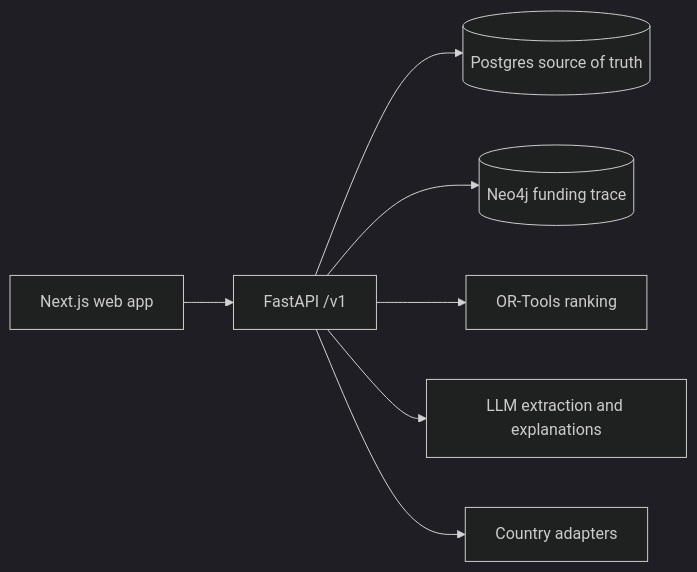
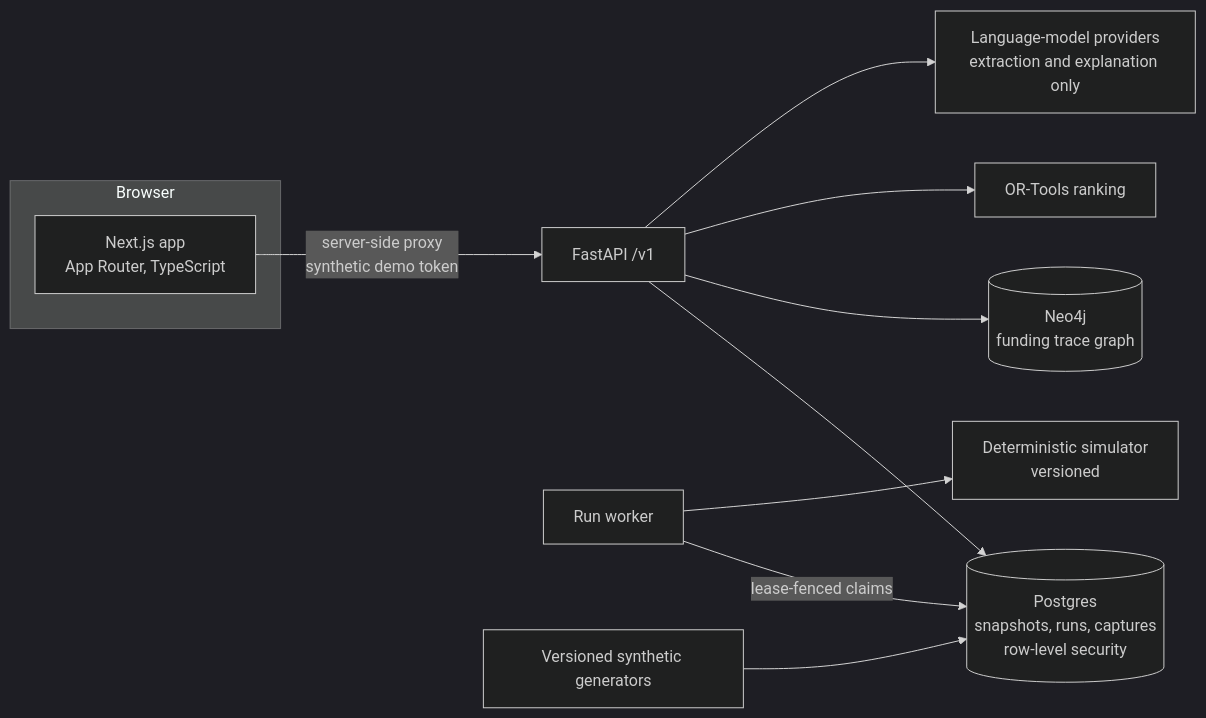
The diagram in README.md (Elijah-cod/Dawa-Fire-Drill), drawn with Mermaid (dark theme) before and after one commit. The commit also changed other lines of this file and 11 other files, not shown here.

Commit message:
docs: rewrite the README for portfolio readers and add a case study and architecture decision records

````diff
--- a/README.md
+++ b/README.md
@@ -9,9 +38,14 @@
 ```mermaid
 flowchart LR
-  Web[Next.js web app] --> API[FastAPI /v1]
-  API --> PG[(Postgres source of truth)]
-  API --> Graph[(Neo4j funding trace)]
-  API --> Optimizer[OR-Tools ranking]
-  API --> LLM[LLM extraction and explanations]
-  API --> Country[Country adapters]
+  subgraph Browser
+    Web[Next.js app<br/>App Router, TypeScript]
+  end
+  Web -->|server-side proxy<br/>synthetic demo token| API[FastAPI /v1]
+  API --> PG[(Postgres<br/>snapshots, runs, captures<br/>row-level security)]
+  API --> Neo[(Neo4j<br/>funding trace graph)]
+  Worker[Run worker] -->|lease-fenced claims| PG
+  Worker --> Sim[Deterministic simulator<br/>versioned]
+  API --> Opt[OR-Tools ranking]
+  API --> LLM[Language-model providers<br/>extraction and explanation only]
+  Gen[Versioned synthetic generators] --> PG
 ```
````
